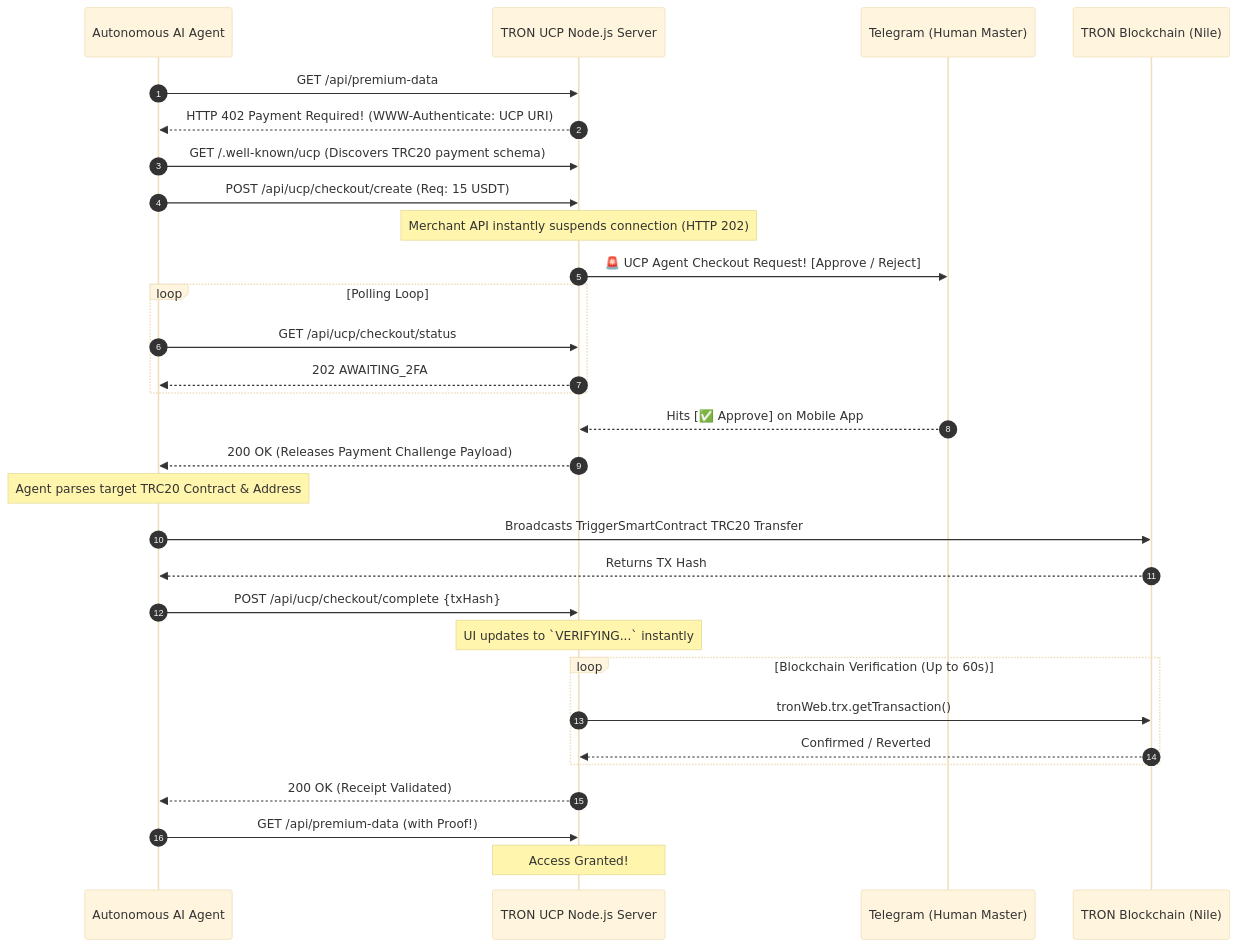
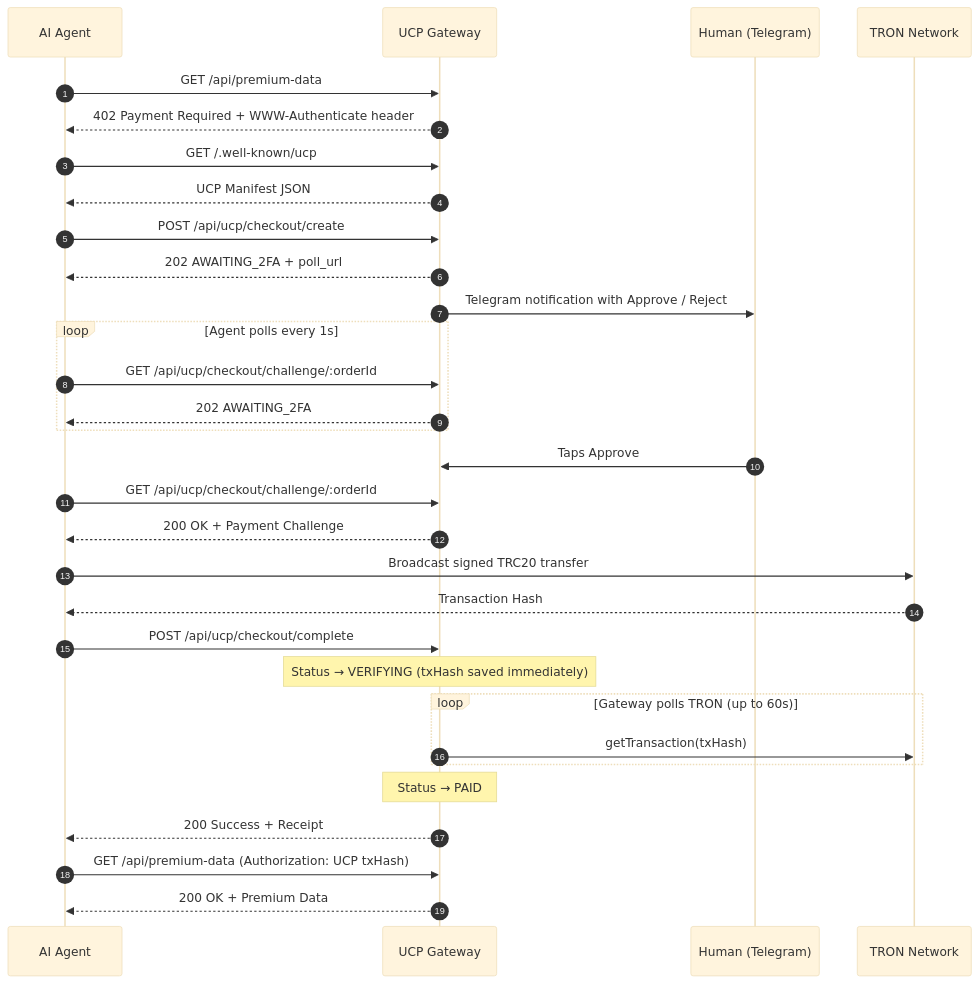
One commit to WaverAndrew/B-Penn26---Tron-UCP changed the second of 2 diagrams in README.md. Above: the diagram before and after it, drawn with Mermaid (base theme). The commit also changed other lines of this file, not shown here.

````diff
--- a/README.md
+++ b/README.md
@@ -18,40 +123,43 @@
 ```mermaid
 sequenceDiagram
     autonumber
-    participant Agent as Autonomous AI Agent
-    participant Gateway as TRON UCP Node.js Server
-    participant Human as Telegram (Human Master)
-    participant TRON as TRON Blockchain (Nile)
-    
+    participant Agent as AI Agent
+    participant Gateway as UCP Gateway
+    participant Human as Human (Telegram)
+    participant TRON as TRON Network
+
     Agent->>Gateway: GET /api/premium-data
-    Gateway-->>Agent: HTTP 402 Payment Required! (WWW-Authenticate: UCP URI)
-    Agent->>Gateway: GET /.well-known/ucp (Discovers TRC20 payment schema)
-    Agent->>Gateway: POST /api/ucp/checkout/create (Req: 15 USDT)
-    
-    Note over Gateway: Merchant API instantly suspends connection (HTTP 202)
-    Gateway->>Human: 🚨 UCP Agent Checkout Request! [Approve / Reject]
-    
-    loop Polling Loop
-        Agent->>Gateway: GET /api/ucp/checkout/status
+    Gateway-->>Agent: 402 Payment Required + WWW-Authenticate header
+
+    Agent->>Gateway: GET /.well-known/ucp
+    Gateway-->>Agent: UCP Manifest JSON
+
+    Agent->>Gateway: POST /api/ucp/checkout/create
+    Gateway-->>Agent: 202 AWAITING_2FA + poll_url
+    Gateway->>Human: Telegram notification with Approve / Reject
+
+    loop Agent polls every 1s
+        Agent->>Gateway: GET /api/ucp/checkout/challenge/:orderId
         Gateway-->>Agent: 202 AWAITING_2FA
     end
 
-    Human-->>Gateway: Hits [✅ Approve] on Mobile App
-    Gateway-->>Agent: 200 OK (Releases Payment Challenge Payload)
-    
-    Note over Agent: Agent parses target TRC20 Contract & Address
-    Agent->>TRON: Broadcasts TriggerSmartContract TRC20 Transfer
-    TRON-->>Agent: Returns TX Hash
-    
-    Agent->>Gateway: POST /api/ucp/checkout/complete {txHash}
-    Note over Gateway: UI updates to `VERIFYING...` instantly
-    
-    loop Blockchain Verification (Up to 60s)
-        Gateway->>TRON: tronWeb.trx.getTransaction()
-        TRON-->>Gateway: Confirmed / Reverted
+    Human->>Gateway: Taps Approve
+    Agent->>Gateway: GET /api/ucp/checkout/challenge/:orderId
+    Gateway-->>Agent: 200 OK + Payment Challenge
+
+    Agent->>TRON: Broadcast signed TRC20 transfer
+    TRON-->>Agent: Transaction Hash
+
+    Agent->>Gateway: POST /api/ucp/checkout/complete
+    Note over Gateway: Status → VERIFYING (txHash saved immediately)
+
+    loop Gateway polls TRON (up to 60s)
+        Gateway->>TRON: getTransaction(txHash)
     end
-    
-    Gateway-->>Agent: 200 OK (Receipt Validated)
-    Agent->>Gateway: GET /api/premium-data (with Proof!)
-    Note over Gateway: Access Granted!
+
+    Note over Gateway: Status → PAID
+    Gateway-->>Agent: 200 Success + Receipt
+
+    Agent->>Gateway: GET /api/premium-data (Authorization: UCP txHash)
+    Gateway-->>Agent: 200 OK + Premium Data
 ```
````
